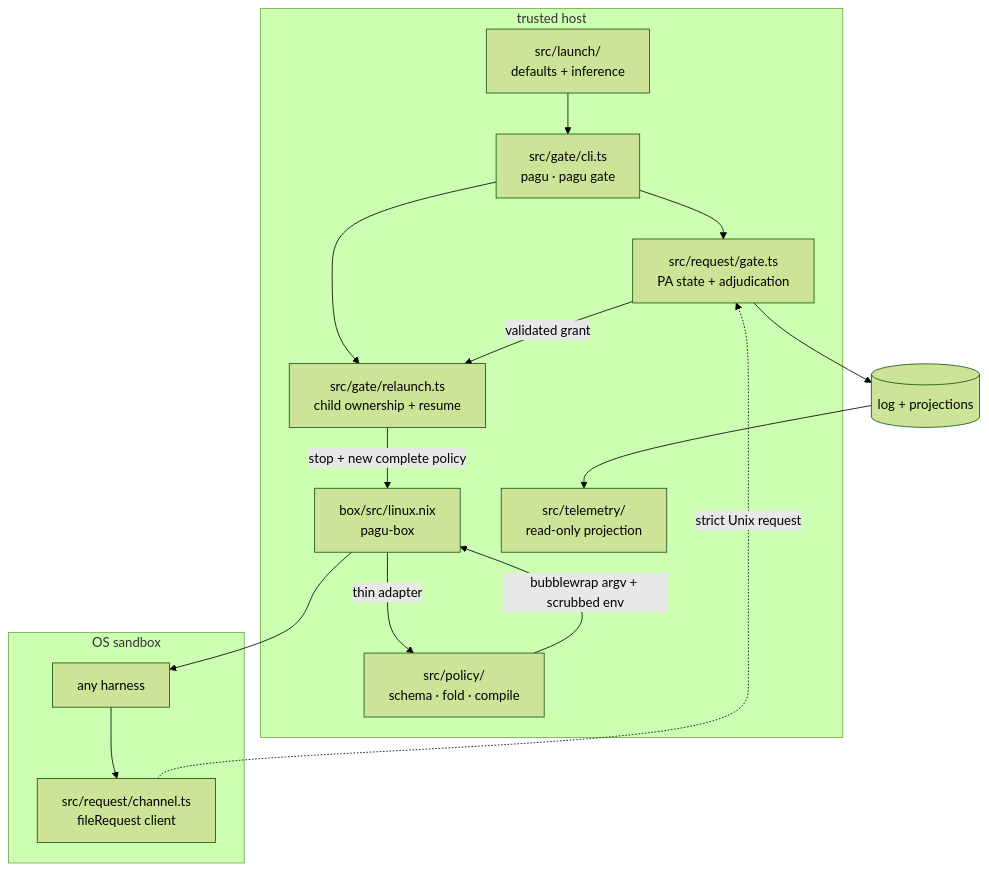
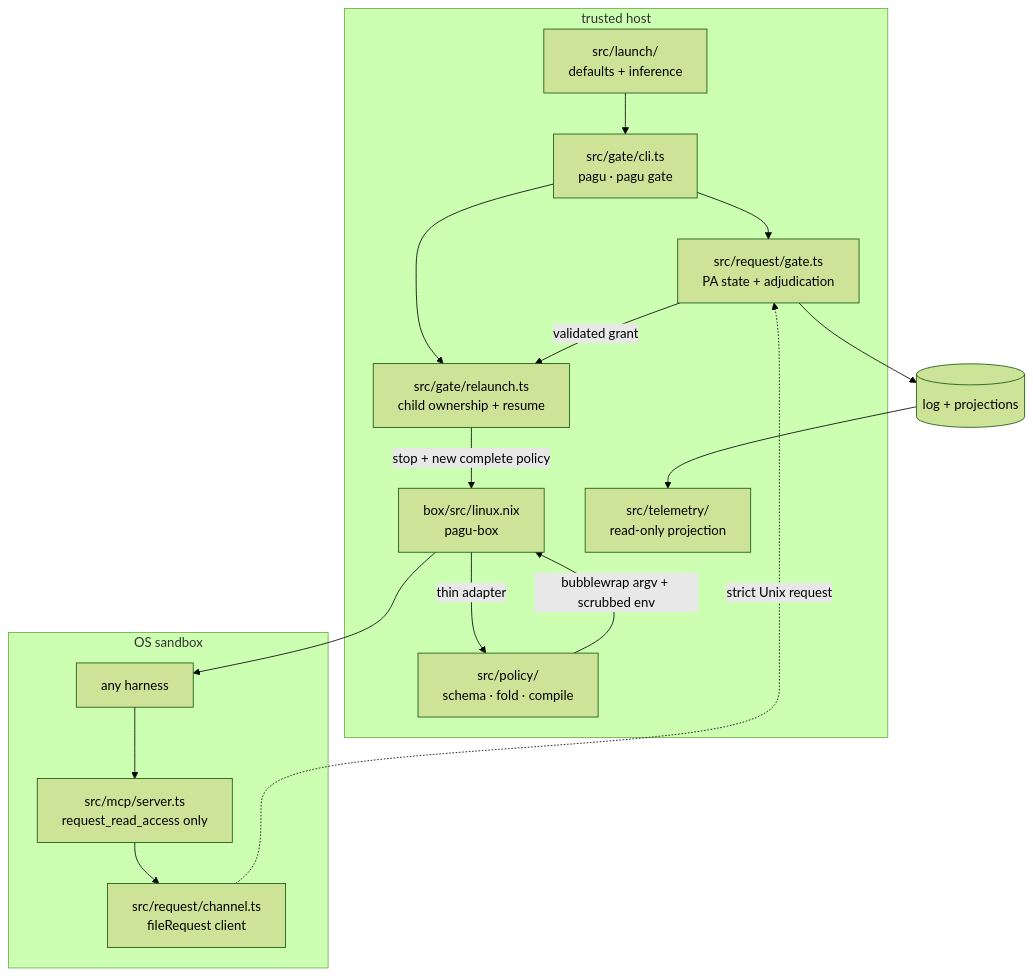
The diagram in docs/ARCHITECTURE.md (phibkro/pagu), drawn with Mermaid (forest theme) before and after one commit. The commit also changed other lines of this file and 22 other files, not shown here.

First line of the commit message:
feat(mcp): expose request-only inhabitant access

````diff
--- a/docs/ARCHITECTURE.md
+++ b/docs/ARCHITECTURE.md
@@ -10,29 +11,31 @@
 ```mermaid
 flowchart TB
     subgraph operator["trusted host"]
         LC["src/launch/\ndefaults + inference"]
         GC["src/gate/cli.ts\npagu · pagu gate"]
         R["src/gate/relaunch.ts\nchild ownership + resume"]
         G["src/request/gate.ts\nPA state + adjudication"]
         P["src/policy/\nschema · fold · compile"]
         BC["box/src/linux.nix\npagu-box"]
         T["src/telemetry/\nread-only projection"]
     end
     subgraph sandbox["OS sandbox"]
         H["any harness"]
+        M["src/mcp/server.ts\nrequest_read_access only"]
         C["src/request/channel.ts\nfileRequest client"]
     end
 
     LC --> GC
     GC --> G
     GC --> R
     BC -->|"thin adapter"| P
     P -->|"bubblewrap argv + scrubbed env"| BC
     BC --> H
-    H --> C
+    H --> M
+    M --> C
     C -. "strict Unix request" .-> G
     G -->|"validated grant"| R
     R -->|"stop + new complete policy"| BC
     G --> L[("log + projections")]
     L --> T
 ```
````
